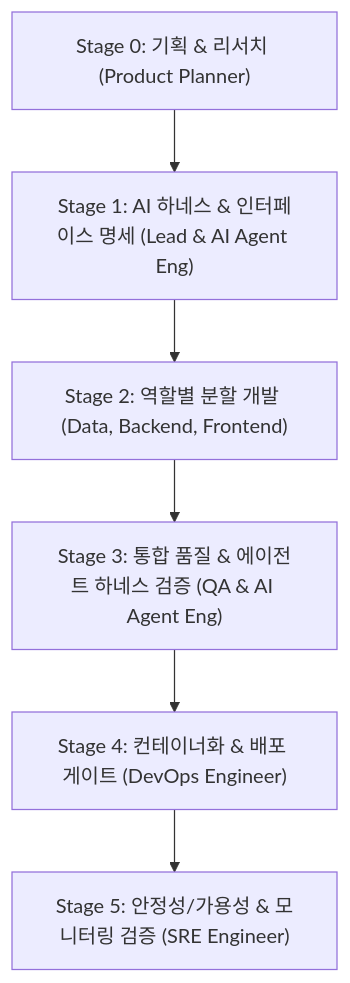
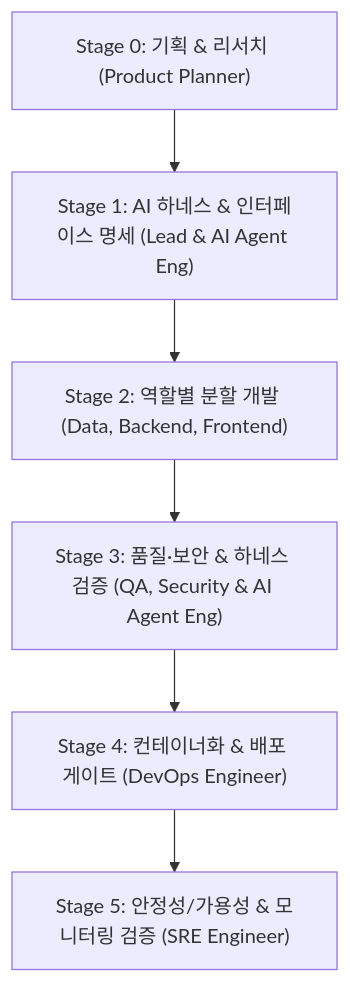
One commit to DongJinNam/dev-team-skills changed the diagram in skills/SKILL.md. Above: the diagram before and after it, drawn with Mermaid. The commit also changed other lines of this file and 24 other files, not shown here.

````diff
--- a/skills/SKILL.md
+++ b/skills/SKILL.md
@@ -45,8 +50,8 @@
 ```mermaid
 flowchart TD
     S0["Stage 0: 기획 & 리서치 (Product Planner)"] --> S1["Stage 1: AI 하네스 & 인터페이스 명세 (Lead & AI Agent Eng)"]
     S1 --> S2["Stage 2: 역할별 분할 개발 (Data, Backend, Frontend)"]
-    S2 --> S3["Stage 3: 통합 품질 & 에이전트 하네스 검증 (QA & AI Agent Eng)"]
+    S2 --> S3["Stage 3: 품질·보안 & 하네스 검증 (QA, Security & AI Agent Eng)"]
     S3 --> S4["Stage 4: 컨테이너화 & 배포 게이트 (DevOps Engineer)"]
     S4 --> S5["Stage 5: 안정성/가용성 & 모니터링 검증 (SRE Engineer)"]
 ```
````
